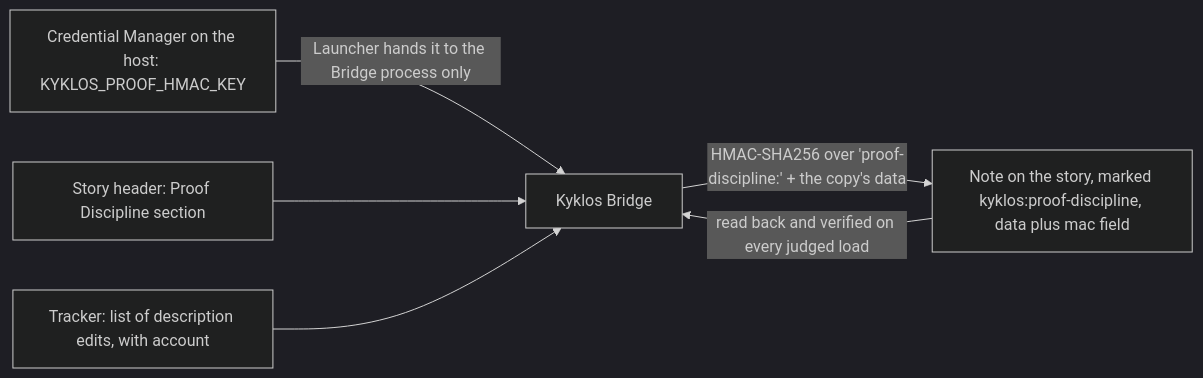
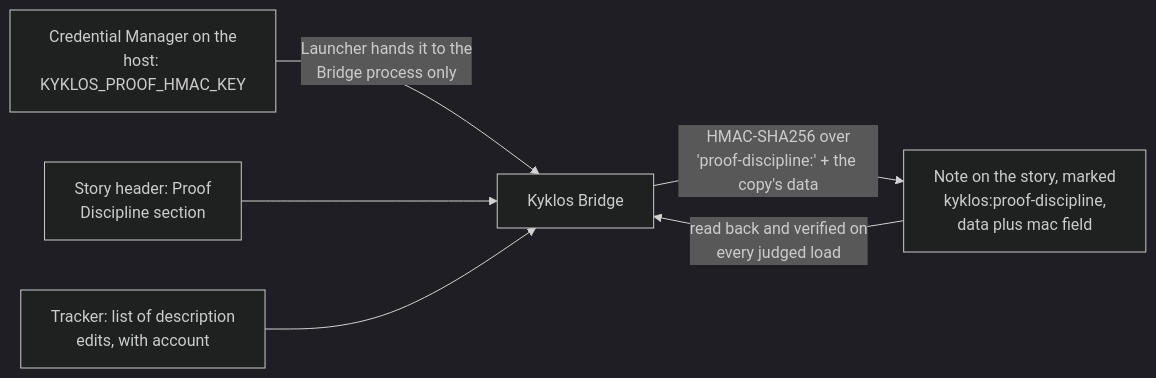
One commit to DogmaSolutions/Kyklos changed the third of 3 diagrams in docs/PROOF.md. Above: the diagram before and after it, drawn with Mermaid (dark theme). The commit also changed other lines of this file and 38 other files, not shown here.

````diff
--- a/docs/PROOF.md
+++ b/docs/PROOF.md
@@ -153,8 +173,8 @@
 ```mermaid
 flowchart LR
-    K["Credential Manager on the host: KYKLOS_PROOF_HMAC_KEY"] -->|"Launcher hands it to the Bridge process only"| BR["Kyklos Bridge"]
-    S["Story header: Proof Discipline section"] --> BR
-    E["Tracker: list of description edits, with account"] --> BR
-    BR -->|"HMAC-SHA256 over 'proof-discipline:' + the copy's data"| N["Note on the story, marked kyklos:proof-discipline, data plus mac field"]
-    N -->|"read back and verified on every judged load"| BR
+    K["Credential Manager on the<br/>host: KYKLOS_PROOF_HMAC_KEY"] -->|"Launcher hands it to the<br/>Bridge process only"| BR["Kyklos Bridge"]
+    S["Story header: Proof<br/>Discipline section"] --> BR
+    E["Tracker: list of description<br/>edits, with account"] --> BR
+    BR -->|"HMAC-SHA256 over<br/>'proof-discipline:' + the copy's data"| N["Note on the story, marked<br/>kyklos:proof-discipline,<br/>data plus mac field"]
+    N -->|"read back and verified on<br/>every judged load"| BR
 ```
````
